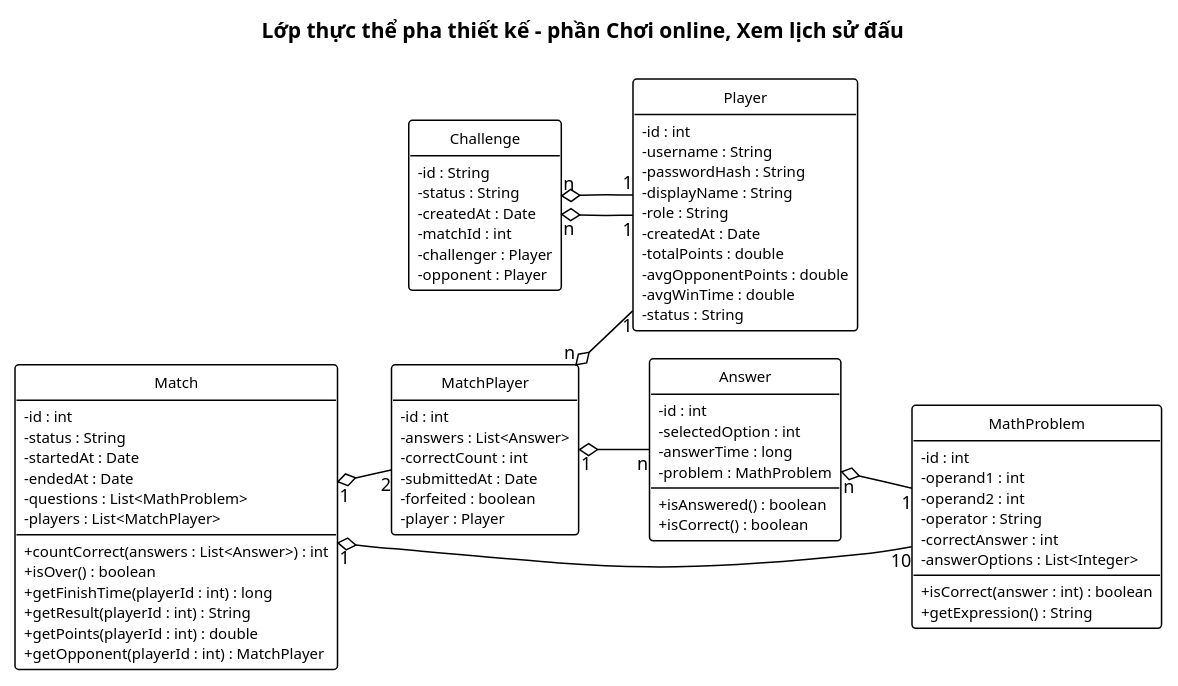
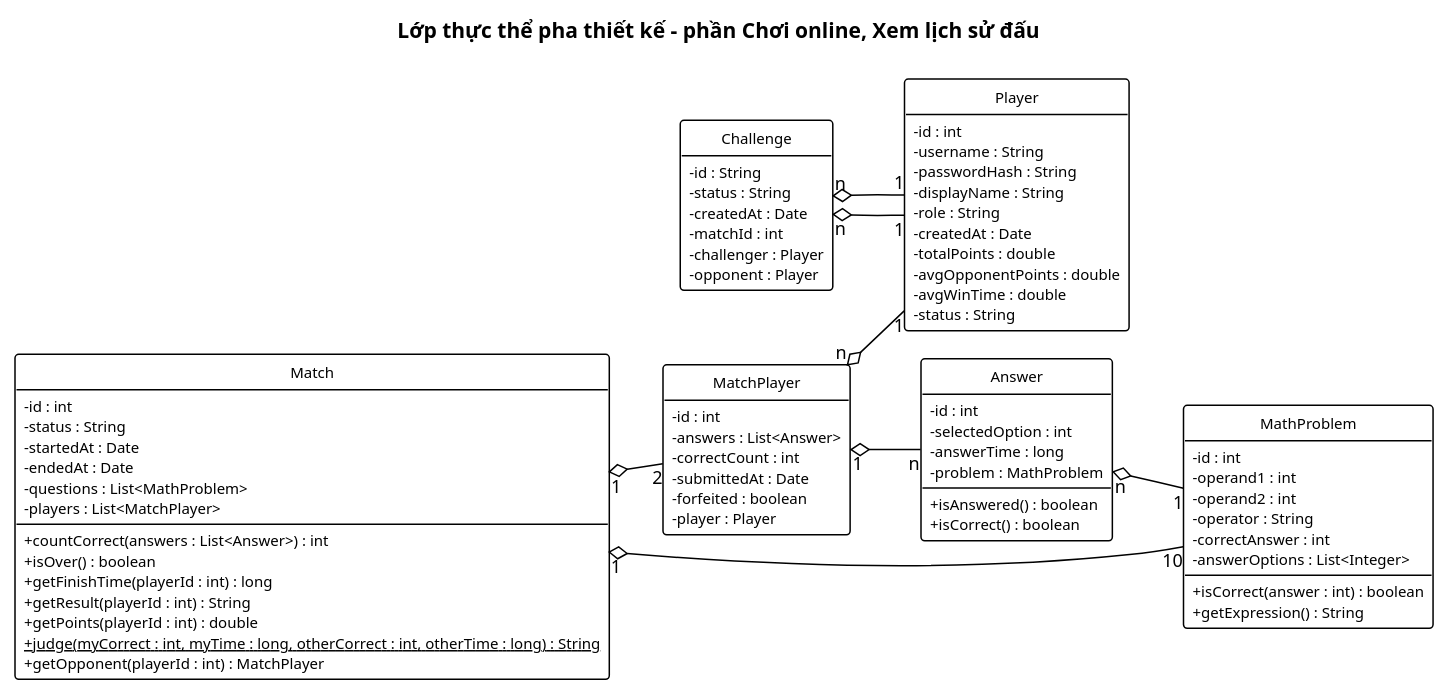
One commit to HungNguyenBa1811/math-dash changed the diagram in docs/hung/lop-thuc-the-hung.puml. Above: the diagram before and after it, drawn with PlantUML. The commit also changed 54 other files, not shown here.

```diff
--- a/docs/hung/lop-thuc-the-hung.puml
+++ b/docs/hung/lop-thuc-the-hung.puml
@@ -1,91 +1,92 @@
 @startuml lop-thuc-the-hung
 !pragma layout smetana
 ' === VP Base Theme v2 ===
 skinparam defaultFontName "Segoe UI"
 skinparam defaultFontSize 12
 skinparam shadowing false
 skinparam arrowColor #000000
 skinparam lineColor #000000
 hide circle
 hide empty members
 skinparam classAttributeIconSize 0
 skinparam class {
   BackgroundColor #FFFFFF
   BorderColor #000000
   FontColor #000000
   FontSize 11
   AttributeFontSize 10
   BorderThickness 1
 }
 left to right direction
 title Lớp thực thể pha thiết kế – phần Chơi online, Xem lịch sử đấu
 
 class Player {
   - id : int
   - username : String
   - passwordHash : String
   - displayName : String
   - role : String
   - createdAt : Date
   - totalPoints : double
   - avgOpponentPoints : double
   - avgWinTime : double
   - status : String
 }
 class MathProblem {
   - id : int
   - operand1 : int
   - operand2 : int
   - operator : String
   - correctAnswer : int
   - answerOptions : List<Integer>
   + isCorrect(answer : int) : boolean
   + getExpression() : String
 }
 class Challenge {
   - id : String
   - status : String
   - createdAt : Date
   - matchId : int
   - challenger : Player
   - opponent : Player
 }
 class Match {
   - id : int
   - status : String
   - startedAt : Date
   - endedAt : Date
   - questions : List<MathProblem>
   - players : List<MatchPlayer>
   + countCorrect(answers : List<Answer>) : int
   + isOver() : boolean
   + getFinishTime(playerId : int) : long
   + getResult(playerId : int) : String
   + getPoints(playerId : int) : double
+  + {static} judge(myCorrect : int, myTime : long, otherCorrect : int, otherTime : long) : String
   + getOpponent(playerId : int) : MatchPlayer
 }
 class MatchPlayer {
   - id : int
   - answers : List<Answer>
   - correctCount : int
   - submittedAt : Date
   - forfeited : boolean
   - player : Player
 }
 class Answer {
   - id : int
   - selectedOption : int
   - answerTime : long
   - problem : MathProblem
   + isAnswered() : boolean
   + isCorrect() : boolean
 }
 
 Challenge "n" o-- "1" Player
 Challenge "n" o-- "1" Player
 Match "1" o-- "2" MatchPlayer
 MatchPlayer "n" o-- "1" Player
 Match "1" o-- "10" MathProblem
 MatchPlayer "1" o-- "n" Answer
 Answer "n" o-- "1" MathProblem
 @enduml
```
